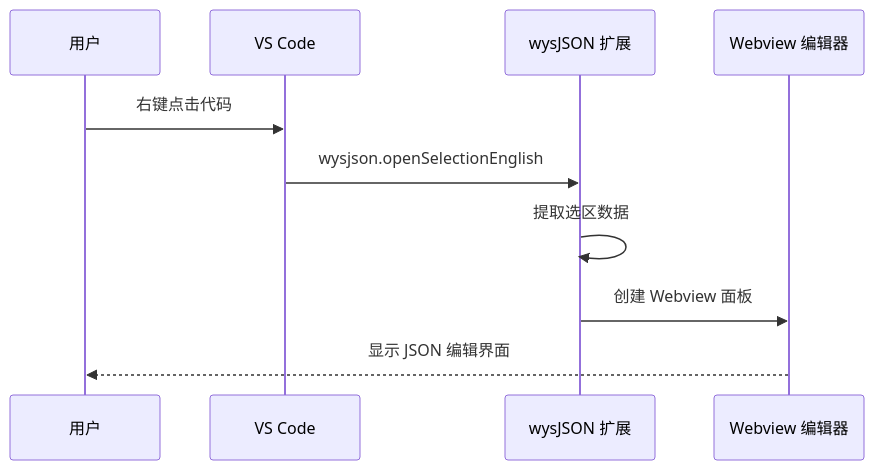
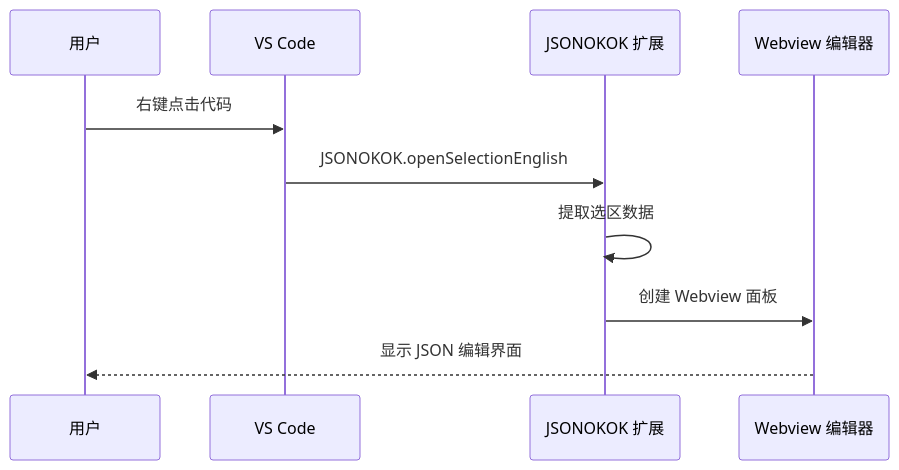
One commit to meiok1/wysjson changed the first of 2 diagrams in .qoder/repowiki/zh/content/快速开始.md. Above: the diagram before and after it, drawn with Mermaid. The commit also changed other lines of this file and 390 other files, not shown here.

````diff
--- a/.qoder/repowiki/zh/content/快速开始.md
+++ b/.qoder/repowiki/zh/content/快速开始.md
@@ -146,12 +146,12 @@
 ```mermaid
 sequenceDiagram
 participant User as 用户
 participant VSCode as VS Code
-participant Extension as wysJSON 扩展
+participant Extension as JSONOKOK 扩展
 participant WebView as Webview 编辑器
 User->>VSCode : 右键点击代码
-VSCode->>Extension : wysjson.openSelectionEnglish
+VSCode->>Extension : JSONOKOK.openSelectionEnglish
 Extension->>Extension : 提取选区数据
 Extension->>WebView : 创建 Webview 面板
 WebView-->>User : 显示 JSON 编辑界面
 ```
````
